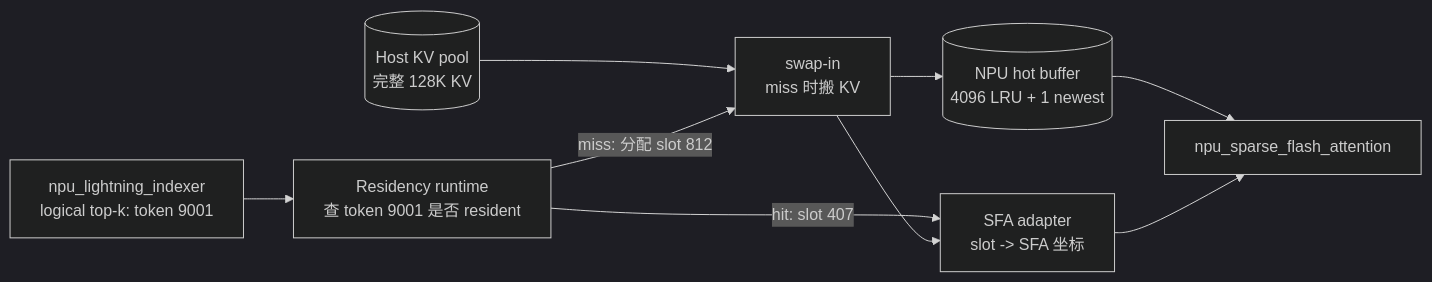
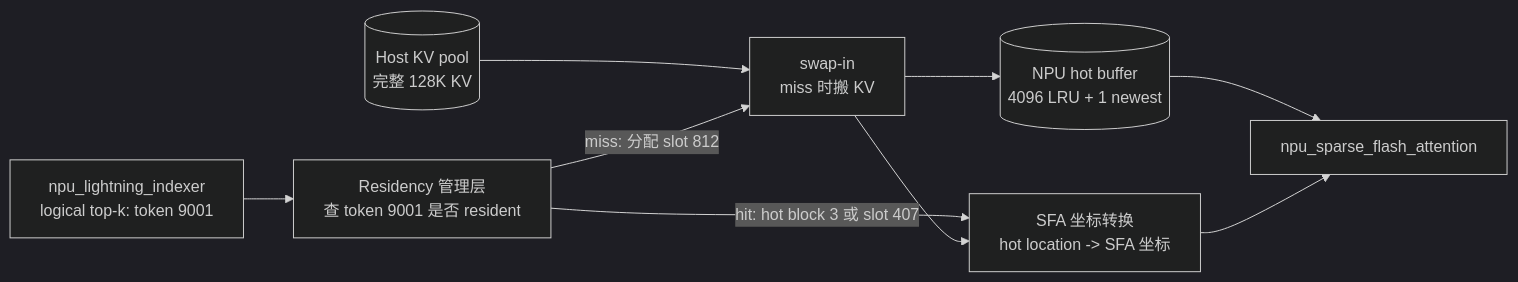
Before and after one commit to ShuZihan/hisparse-npu-design: the first of 2 diagrams in 04-npu-technical-paths.md, drawn with Mermaid (dark theme). The commit also changed other lines of this file and 5 other files, not shown here.

````diff
--- a/04-npu-technical-paths.md
+++ b/04-npu-technical-paths.md
@@ -18,11 +18,11 @@
 ```mermaid
 flowchart LR
-    I[npu_lightning_indexer<br/>logical top-k: token 9001] --> R[Residency runtime<br/>查 token 9001 是否 resident]
+    I[npu_lightning_indexer<br/>logical top-k: token 9001] --> R[Residency 管理层<br/>查 token 9001 是否 resident]
     H[(Host KV pool<br/>完整 128K KV)] --> C[swap-in<br/>miss 时搬 KV]
-    R -->|hit: slot 407| A[SFA adapter<br/>slot -> SFA 坐标]
+    R -->|hit: hot block 3 或 slot 407| A[SFA 坐标转换<br/>hot location -> SFA 坐标]
     R -->|miss: 分配 slot 812| C
     C --> B[(NPU hot buffer<br/>4096 LRU + 1 newest)]
     C --> A
     B --> S[npu_sparse_flash_attention]
     A --> S
 ```
````
